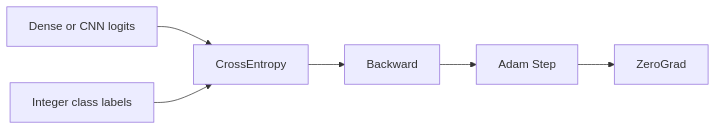
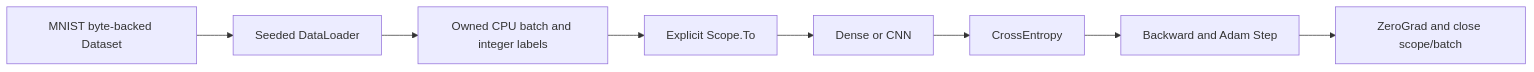
One commit to bpradana/goml changed the diagram in nn/examples/mnist/README.md. Above: the diagram before and after it, drawn with Mermaid. The commit also changed other lines of this file and 34 other files, not shown here.

Commit message:
docs(data): add dataset guides logo and validation report

````diff
--- a/nn/examples/mnist/README.md
+++ b/nn/examples/mnist/README.md
@@ -85,8 +70,10 @@
 ```mermaid
 flowchart LR
-    Output["Dense or CNN logits"] --> Loss["CrossEntropy"]
-    Labels["Integer class labels"] --> Loss
-    Loss --> Backward["Backward"]
-    Backward --> Adam["Adam Step"]
-    Adam --> Clear["ZeroGrad"]
+    Dataset[MNIST byte-backed Dataset] --> Loader[Seeded DataLoader]
+    Loader --> Batch[Owned CPU batch and integer labels]
+    Batch --> Transfer[Explicit Scope.To]
+    Transfer --> Model[Dense or CNN]
+    Model --> Loss[CrossEntropy]
+    Loss --> Backward[Backward and Adam Step]
+    Backward --> Cleanup[ZeroGrad and close scope/batch]
 ```
````
